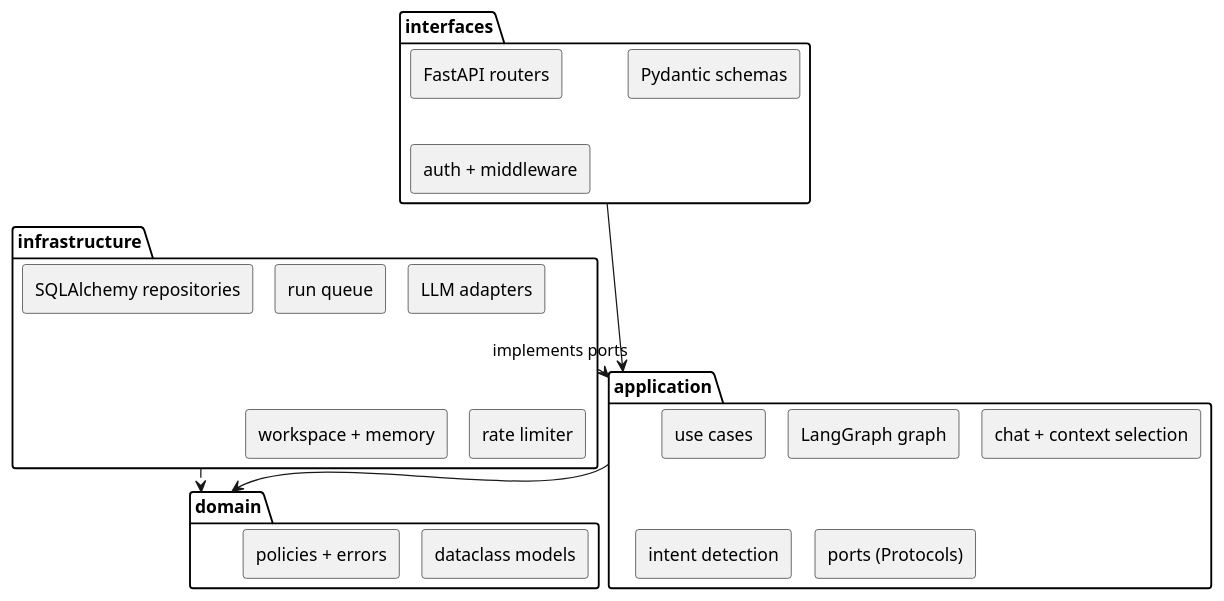
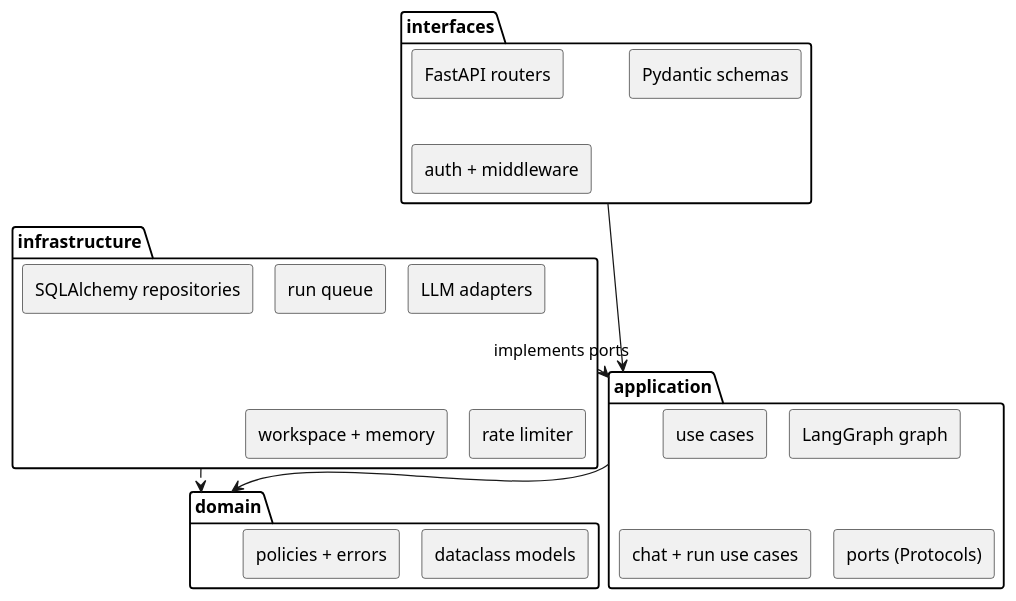
One commit to gdpe-franco/ai-coding-agent-pipeline changed the fourth of 7 diagrams in docs/architecture.md. Above: the diagram before and after it, drawn with PlantUML. The commit also changed other lines of this file and 58 other files, not shown here.

````diff
--- a/docs/architecture.md
+++ b/docs/architecture.md
@@ -246,35 +212,34 @@
 ```puml
 @startuml
 !pragma layout smetana
 skinparam backgroundColor white
 skinparam shadowing false
 skinparam componentStyle rectangle
 package "interfaces" as I {
   [FastAPI routers]
   [Pydantic schemas]
   [auth + middleware]
 }
 package "application" as A {
   [use cases]
   [LangGraph graph]
-  [chat + context selection]
-  [intent detection]
+  [chat + run use cases]
   [ports (Protocols)]
 }
 package "domain" as D {
   [dataclass models]
   [policies + errors]
 }
 package "infrastructure" as N {
   [SQLAlchemy repositories]
   [run queue]
   [LLM adapters]
   [workspace + memory]
   [rate limiter]
 }
 I --> A
 A --> D
 N ..> A : implements ports
 N ..> D
 @enduml
 ```
````
